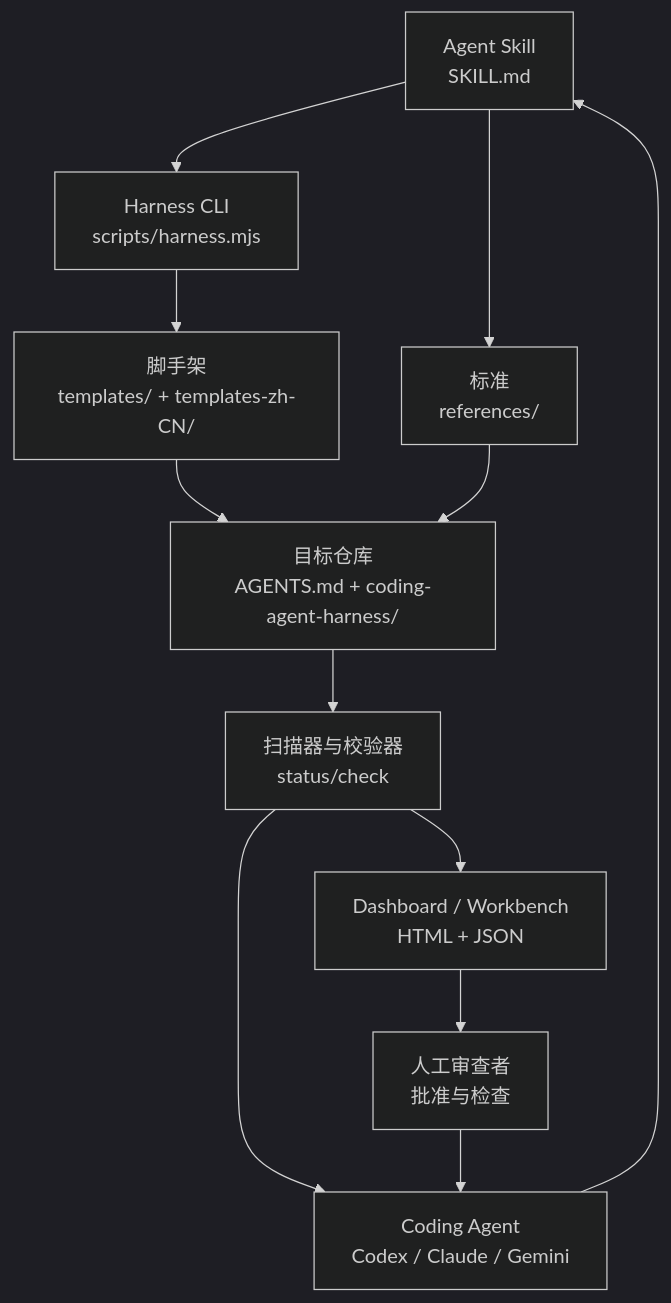
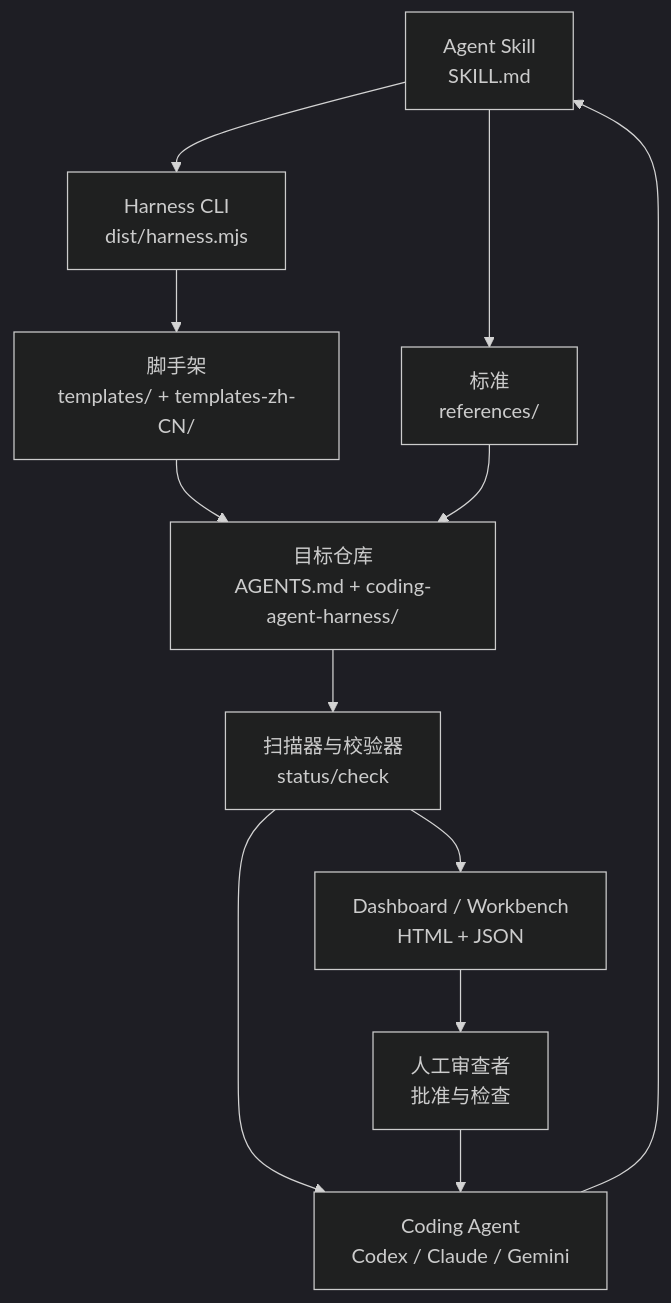
One commit to FairladyZ625/coding-agent-harness changed the second of 11 diagrams in docs-release/architecture/overview.zh-CN.md. Above: the diagram before and after it, drawn with Mermaid (dark theme). The commit also changed 155 other files, not shown here.

````diff
--- a/docs-release/architecture/overview.zh-CN.md
+++ b/docs-release/architecture/overview.zh-CN.md
@@ -29,24 +29,24 @@
 ```mermaid
 flowchart TB
   Skill["Agent Skill<br/>SKILL.md"]
-  CLI["Harness CLI<br/>scripts/harness.mjs"]
+  CLI["Harness CLI<br/>dist/harness.mjs"]
   Standards["标准<br/>references/"]
   Templates["脚手架<br/>templates/ + templates-zh-CN/"]
   Target["目标仓库<br/>AGENTS.md + coding-agent-harness/"]
   Scanner["扫描器与校验器<br/>status/check"]
   Dashboard["Dashboard / Workbench<br/>HTML + JSON"]
   Human["人工审查者<br/>批准与检查"]
   Agent["Coding Agent<br/>Codex / Claude / Gemini"]
 
   Agent --> Skill
   Skill --> Standards
   Skill --> CLI
   CLI --> Templates
   Templates --> Target
   Standards --> Target
   Target --> Scanner
   Scanner --> Dashboard
   Dashboard --> Human
   Scanner --> Agent
   Human --> Agent
 ```
````
